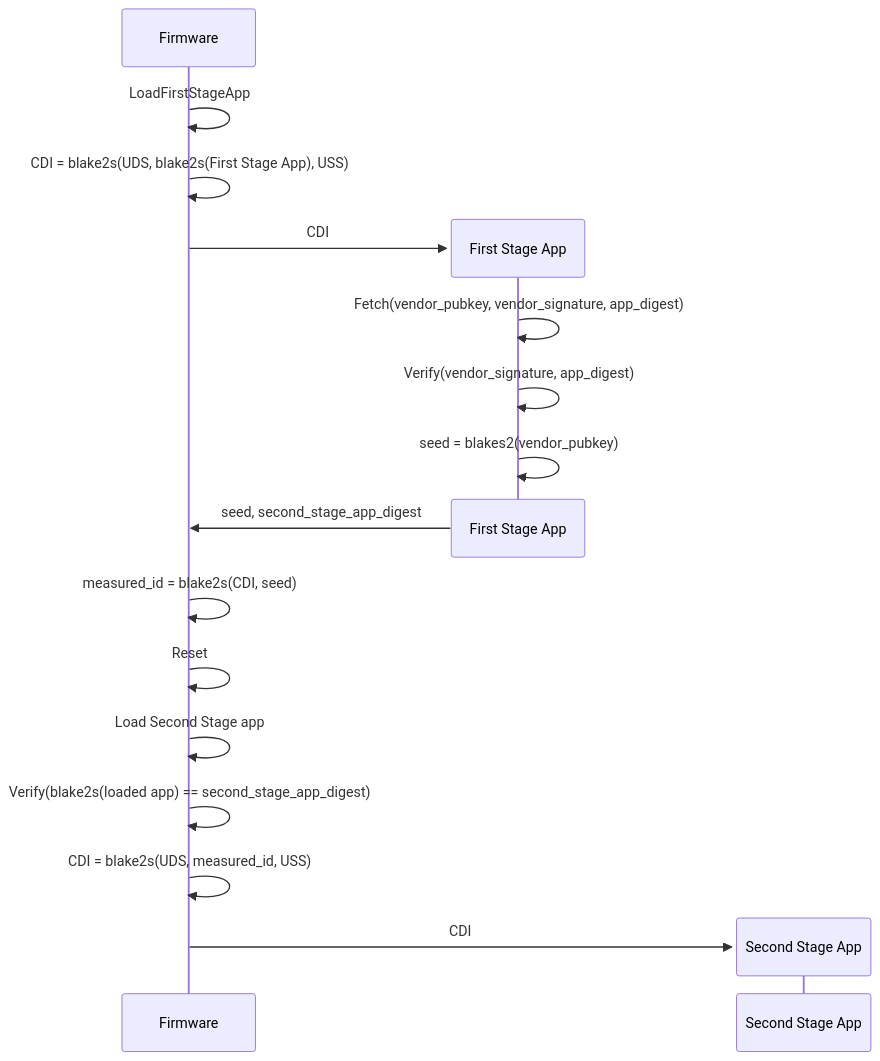
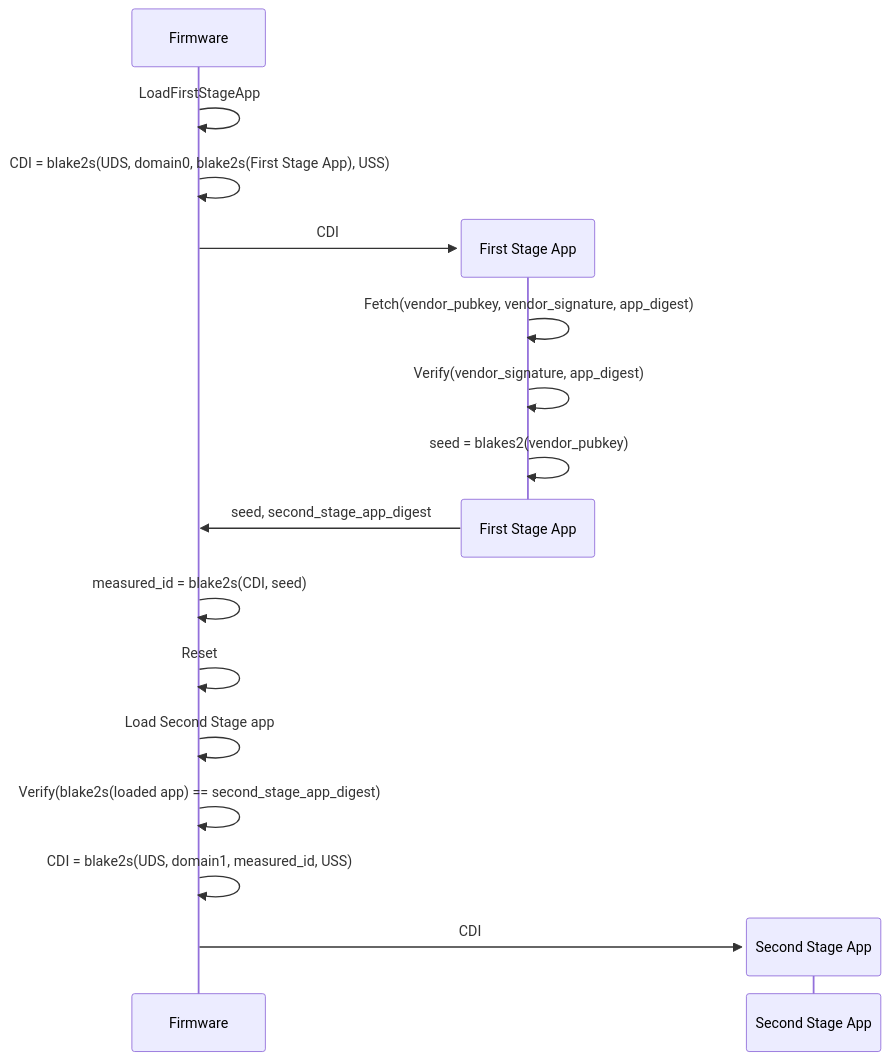
One commit to tillitis/tkey-boot-verifier changed the first of 3 diagrams in doc/design.md. Above: the diagram before and after it, drawn with Mermaid. The commit also changed other lines of this file, not shown here.

Commit message:
doc: Describe CDI domain byte

````diff
--- a/doc/design.md
+++ b/doc/design.md
@@ -133,19 +138,19 @@
 ```mermaid
 sequenceDiagram
     Firmware->>Firmware: LoadFirstStageApp
-    Firmware->>Firmware: CDI = blake2s(UDS, blake2s(First Stage App), USS)
+    Firmware->>Firmware: CDI = blake2s(UDS, domain0, blake2s(First Stage App), USS)
     create participant First Stage App
     Firmware->>First Stage App: CDI
     First Stage App->>First Stage App: Fetch(vendor_pubkey, vendor_signature, app_digest)
     First Stage App->>First Stage App: Verify(vendor_signature, app_digest)
     First Stage App->>First Stage App: seed = blakes2(vendor_pubkey)
     destroy First Stage App
     First Stage App->>Firmware: seed, second_stage_app_digest
     Firmware->>Firmware: measured_id = blake2s(CDI, seed)
     Firmware->>Firmware: Reset
     Firmware->>Firmware: Load Second Stage app
     Firmware->>Firmware: Verify(blake2s(loaded app) == second_stage_app_digest)
-    Firmware->>Firmware: CDI = blake2s(UDS, measured_id, USS)
+    Firmware->>Firmware: CDI = blake2s(UDS, domain1, measured_id, USS)
     create participant Second Stage App
     Firmware->>Second Stage App: CDI
 ```
````
